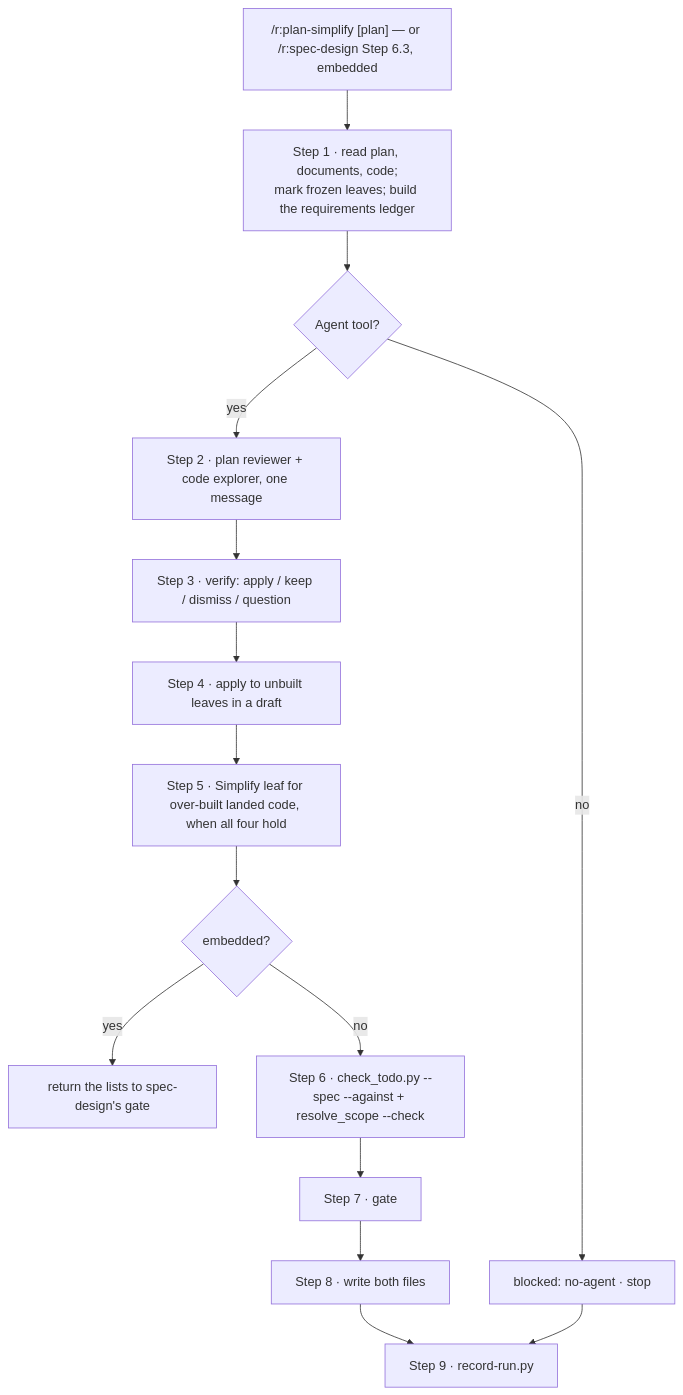
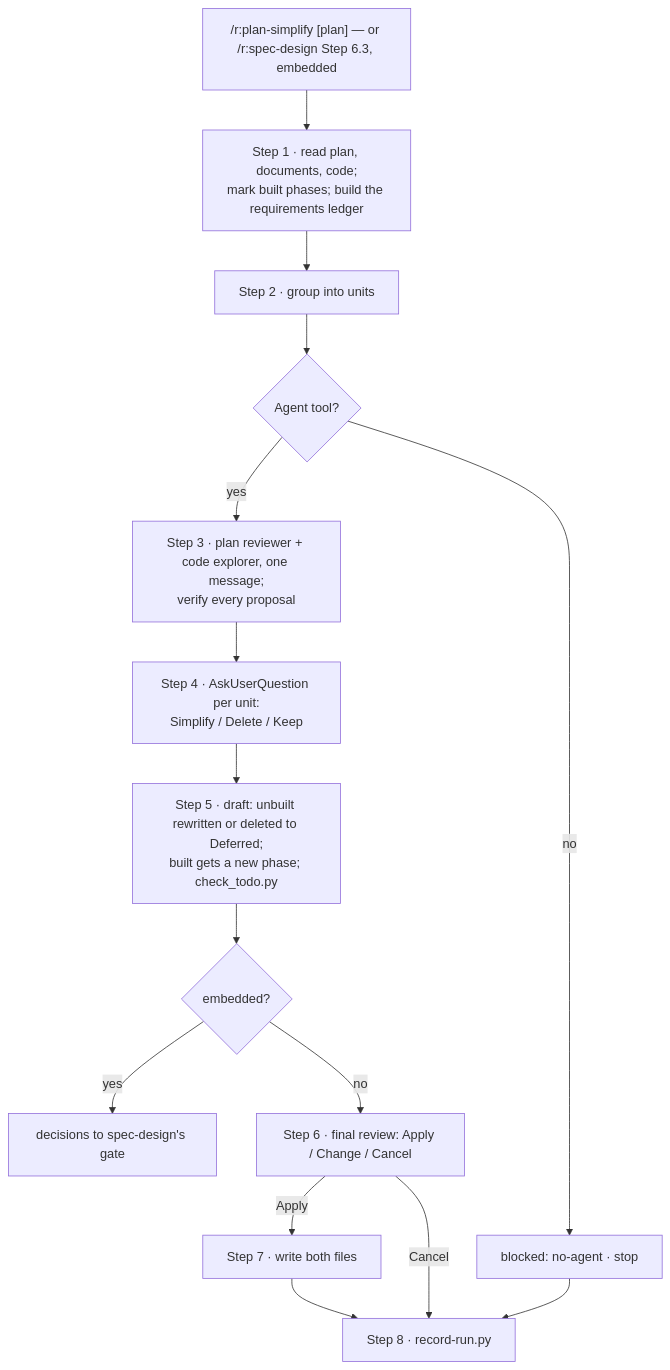
One commit to mirum8/skill-pack changed the diagram in docs/skill-pack-repo/behaviour/plan-simplify.md. Above: the diagram before and after it, drawn with Mermaid. The commit also changed other lines of this file and 7 other files, not shown here.

First line of the commit message:
feat(plan-simplify): decide the plan unit by unit — simplify, delete or keep

````diff
--- a/docs/skill-pack-repo/behaviour/plan-simplify.md
+++ b/docs/skill-pack-repo/behaviour/plan-simplify.md
@@ -12,15 +12,16 @@
 ```mermaid
 flowchart TD
   I["/r:plan-simplify [plan] — or /r:spec-design Step 6.3, embedded"] --> S1
-  S1["Step 1 · read plan, documents, code;<br/>mark frozen leaves; build the requirements ledger"] --> G1{"Agent tool?"}
+  S1["Step 1 · read plan, documents, code;<br/>mark built phases; build the requirements ledger"] --> S2
+  S2["Step 2 · group into units"] --> G1{"Agent tool?"}
   G1 -->|no| B["blocked: no-agent · stop"]
-  G1 -->|yes| S2["Step 2 · plan reviewer + code explorer, one message"]
-  S2 --> S3["Step 3 · verify: apply / keep / dismiss / question"]
-  S3 --> S4["Step 4 · apply to unbuilt leaves in a draft"]
-  S4 --> S5["Step 5 · Simplify leaf for over-built landed code, when all four hold"]
+  G1 -->|yes| S3["Step 3 · plan reviewer + code explorer, one message;<br/>verify every proposal"]
+  S3 --> S4["Step 4 · AskUserQuestion per unit:<br/>Simplify / Delete / Keep"]
+  S4 --> S5["Step 5 · draft: unbuilt rewritten or deleted to Deferred;<br/>built gets a new phase; check_todo.py"]
   S5 --> E{"embedded?"}
-  E -->|yes| R["return the lists to spec-design's gate"]
-  E -->|no| S6["Step 6 · check_todo.py --spec --against + resolve_scope --check"]
-  S6 --> S7["Step 7 · gate"] --> S8["Step 8 · write both files"] --> S9["Step 9 · record-run.py"]
-  B --> S9
+  E -->|yes| R["decisions to spec-design's gate"]
+  E -->|no| S6["Step 6 · final review: Apply / Change / Cancel"]
+  S6 -->|Apply| S7["Step 7 · write both files"] --> S8["Step 8 · record-run.py"]
+  S6 -->|Cancel| S8
+  B --> S8
 ```
````
